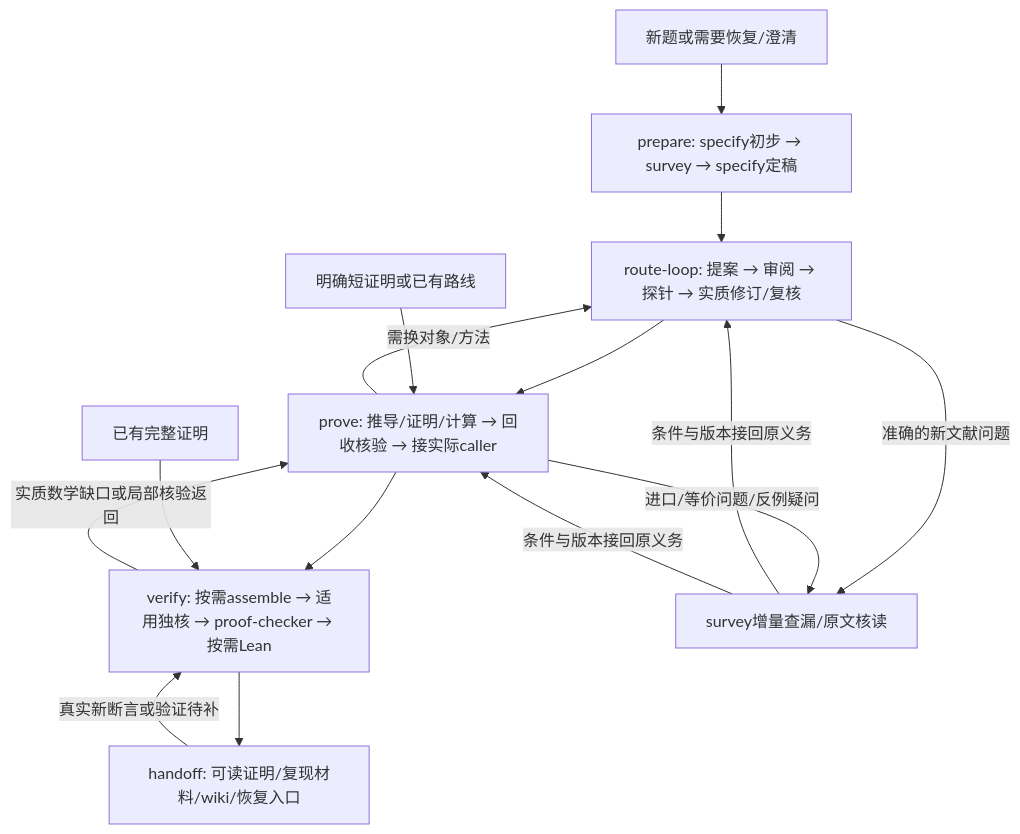
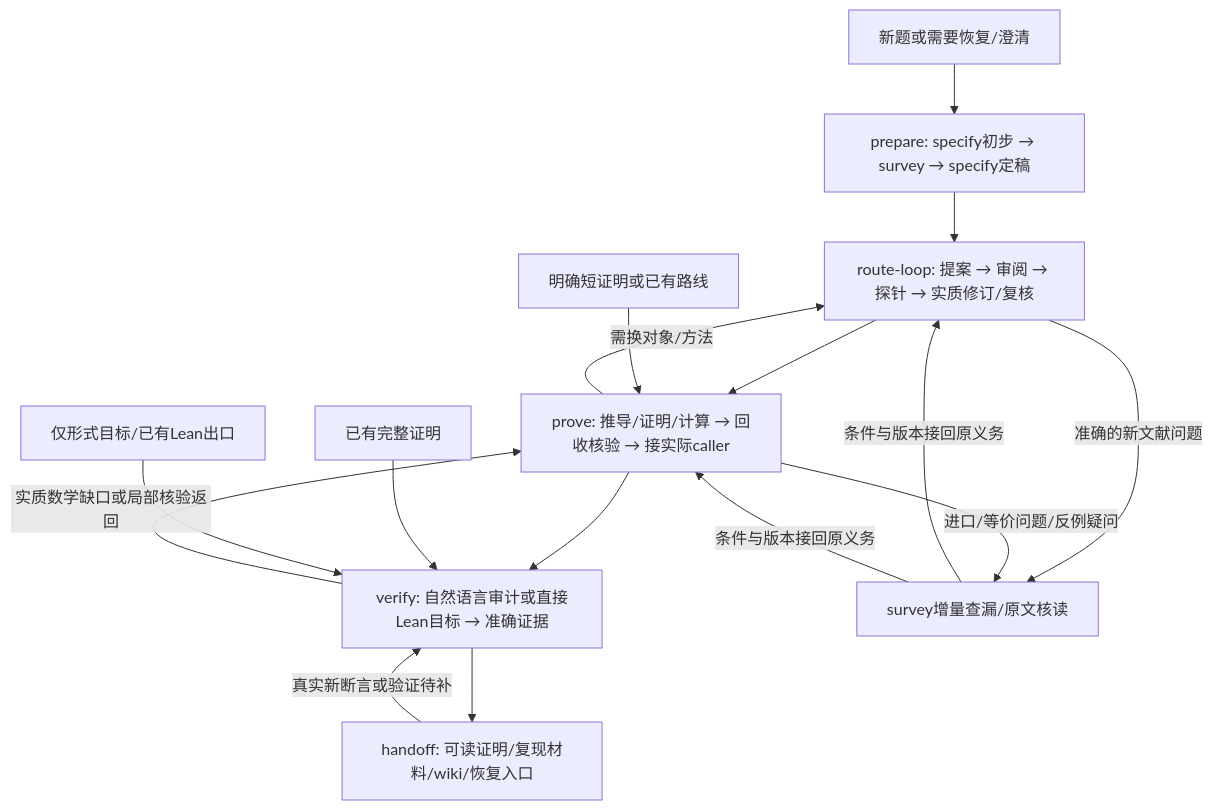
The diagram in docs/WORKFLOWS.md (Howie-251/math-rsi), drawn with Mermaid before and after one commit. The commit also changed other lines of this file and 31272 other files, not shown here.

````diff
--- a/docs/WORKFLOWS.md
+++ b/docs/WORKFLOWS.md
@@ -15,17 +15,18 @@
 ```mermaid
 flowchart TD
     N[新题或需要恢复/澄清] --> P[prepare: specify初步 → survey → specify定稿]
     P --> R[route-loop: 提案 → 审阅 → 探针 → 实质修订/复核]
     R --> V[prove: 推导/证明/计算 → 回收核验 → 接实际caller]
-    V --> C[verify: 按需assemble → 适用独核 → proof-checker → 按需Lean]
+    V --> C[verify: 自然语言审计或直接Lean目标 → 准确证据]
     C --> H[handoff: 可读证明/复现材料/wiki/恢复入口]
     E[已有完整证明] --> C
+    F[仅形式目标/已有Lean出口] --> C
     L[明确短证明或已有路线] --> V
     R -->|准确的新文献问题| S[survey增量查漏/原文核读]
     V -->|进口/等价问题/反例疑问| S
     S -->|条件与版本接回原义务| R
     S -->|条件与版本接回原义务| V
     C -->|实质数学缺口或局部核验返回| V
     V -->|需换对象/方法| R
     H -->|真实新断言或验证待补| C
 ```
````
